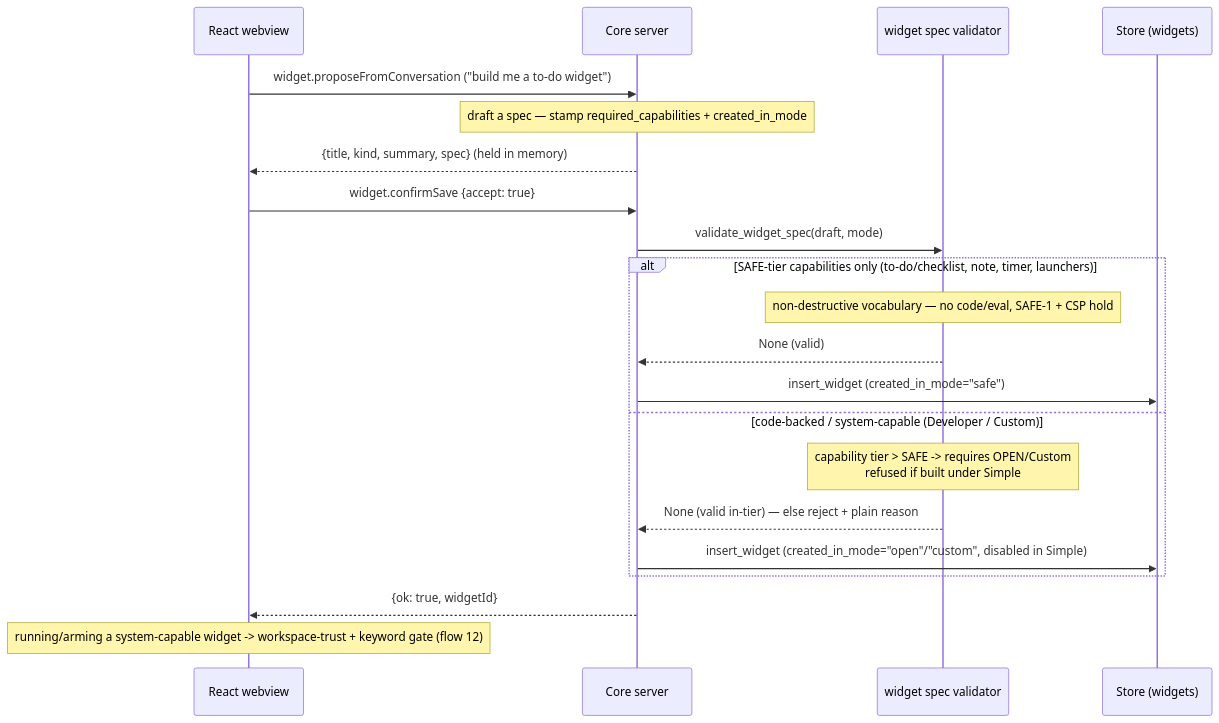
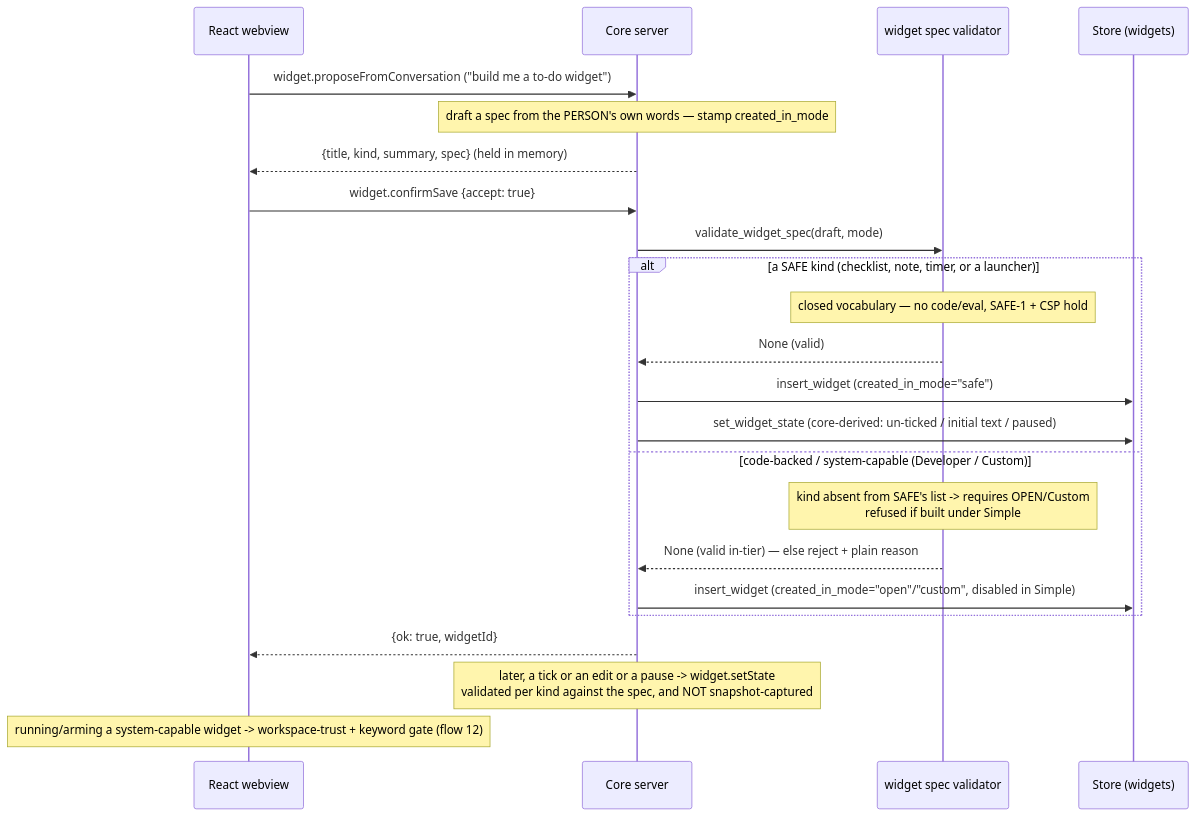
One commit to N041M/Addison changed diagram 13 of 15 in docs/flows.md. Above: the diagram before and after it, drawn with Mermaid. The commit also changed other lines of this file and 31 other files, not shown here.

````diff
--- a/docs/flows.md
+++ b/docs/flows.md
@@ -538,24 +541,26 @@
 ```mermaid
 sequenceDiagram
     participant WV as React webview
     participant SRV as Core server
     participant W as widget spec validator
     participant DB as Store (widgets)
 
     WV->>SRV: widget.proposeFromConversation ("build me a to-do widget")
-    Note over SRV: draft a spec — stamp required_capabilities + created_in_mode
+    Note over SRV: draft a spec from the PERSON's own words — stamp created_in_mode
     SRV-->>WV: {title, kind, summary, spec}  (held in memory)
     WV->>SRV: widget.confirmSave {accept: true}
     SRV->>W: validate_widget_spec(draft, mode)
-    alt SAFE-tier capabilities only (to-do/checklist, note, timer, launchers)
-        Note over W: non-destructive vocabulary — no code/eval, SAFE-1 + CSP hold
+    alt a SAFE kind (checklist, note, timer, or a launcher)
+        Note over W: closed vocabulary — no code/eval, SAFE-1 + CSP hold
         W-->>SRV: None (valid)
         SRV->>DB: insert_widget (created_in_mode="safe")
+        SRV->>DB: set_widget_state (core-derived: un-ticked / initial text / paused)
     else code-backed / system-capable (Developer / Custom)
-        Note over W: capability tier > SAFE -> requires OPEN/Custom<br/>refused if built under Simple
+        Note over W: kind absent from SAFE's list -> requires OPEN/Custom<br/>refused if built under Simple
         W-->>SRV: None (valid in-tier) — else reject + plain reason
         SRV->>DB: insert_widget (created_in_mode="open"/"custom", disabled in Simple)
     end
     SRV-->>WV: {ok: true, widgetId}
+    Note over SRV: later, a tick or an edit or a pause -> widget.setState<br/>validated per kind against the spec, and NOT snapshot-captured
     Note over WV: running/arming a system-capable widget -> workspace-trust + keyword gate (flow 12)
 ```
````
